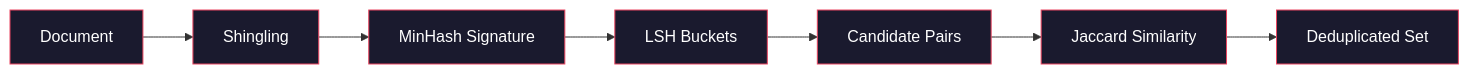
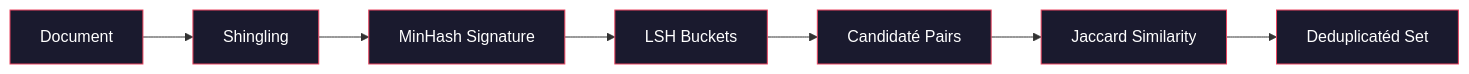
Before and after one commit to K3lvin-dev/ai-engineering-from-scratch: the second of 3 diagrams in phases/10-llms-from-scratch/03-data-pipelines/docs/pt-br.md, drawn with Mermaid. The commit also changed other lines of this file and 23 other files, not shown here.

````diff
--- a/phases/10-llms-from-scratch/03-data-pipelines/docs/pt-br.md
+++ b/phases/10-llms-from-scratch/03-data-pipelines/docs/pt-br.md
@@ -99,17 +99,17 @@
 ```mermaid
 graph LR
     A[Document] --> B[Shingling]
     B --> C[MinHash Signature]
     C --> D[LSH Buckets]
-    D --> E[Candidate Pairs]
+    D --> E[Candidaté Pairs]
     E --> F[Jaccard Similarity]
-    F --> G[Deduplicated Set]
+    F --> G[Deduplicatéd Set]
 
     style A fill:#1a1a2e,stroke:#e94560,color:#fff
     style B fill:#1a1a2e,stroke:#e94560,color:#fff
     style C fill:#1a1a2e,stroke:#e94560,color:#fff
     style D fill:#1a1a2e,stroke:#e94560,color:#fff
     style E fill:#1a1a2e,stroke:#e94560,color:#fff
     style F fill:#1a1a2e,stroke:#e94560,color:#fff
     style G fill:#1a1a2e,stroke:#e94560,color:#fff
 ```
````
